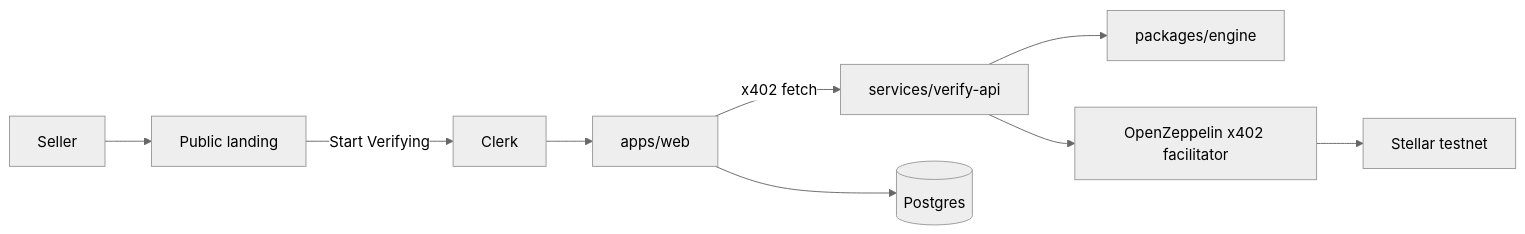
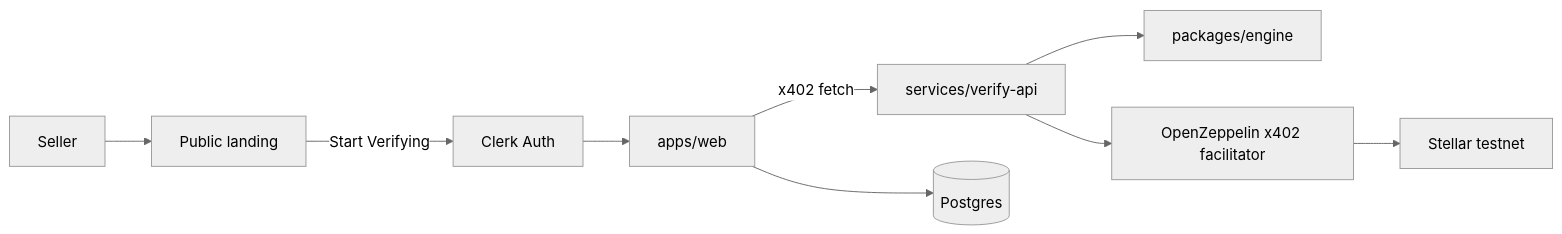
Before and after one commit to Nosh-thee-techy/orderverify: the diagram in README.md, drawn with Mermaid (neutral theme). The commit also changed other lines of this file, not shown here.

````diff
--- a/README.md
+++ b/README.md
@@ -21,11 +74,11 @@
 ```mermaid
 flowchart LR
   Seller[Seller] --> Landing[Public landing]
-  Landing -->|Start Verifying| Clerk[Clerk]
+  Landing -->|Start Verifying| Clerk[Clerk Auth]
   Clerk --> Web[apps/web]
   Web -->|x402 fetch| API[services/verify-api]
   API --> Engine[packages/engine]
   API --> Facilitator[OpenZeppelin x402 facilitator]
   Facilitator --> Stellar[Stellar testnet]
   Web --> DB[(Postgres)]
 ```
````
